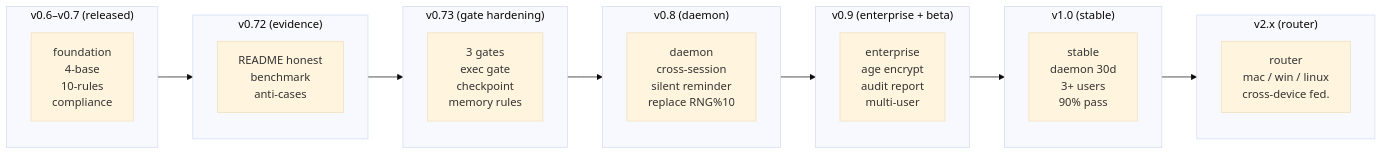
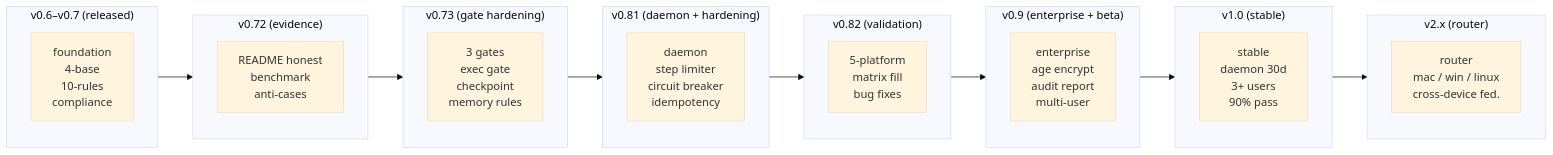
The diagram in ROADMAP.md (KongFangXun/sofagent), drawn with Mermaid (base theme) before and after one commit. The commit also changed other lines of this file and 32 other files, not shown here.

````diff
--- a/ROADMAP.md
+++ b/ROADMAP.md
@@ -275,33 +298,37 @@
 ```mermaid
 flowchart LR
     subgraph v06_v07["v0.6–v0.7 (released)"]
         direction TB
         F1["foundation<br/>4-base<br/>10-rules<br/>compliance"]
     end
     subgraph v072["v0.72 (evidence)"]
         direction TB
         F2["README honest<br/>benchmark<br/>anti-cases"]
     end
     subgraph v073["v0.73 (gate hardening)"]
         direction TB
         F3["3 gates<br/>exec gate<br/>checkpoint<br/>memory rules"]
     end
-    subgraph v08["v0.8 (daemon)"]
+    subgraph v08["v0.81 (daemon + hardening)"]
         direction TB
-        F4["daemon<br/>cross-session<br/>silent reminder<br/>replace RNG%10"]
+        F4["daemon<br/>step limiter<br/>circuit breaker<br/>idempotency"]
+    end
+    subgraph v082["v0.82 (validation)"]
+        direction TB
+        F4b["5-platform<br/>matrix fill<br/>bug fixes"]
     end
     subgraph v09["v0.9 (enterprise + beta)"]
         direction TB
         F5["enterprise<br/>age encrypt<br/>audit report<br/>multi-user"]
     end
     subgraph v10["v1.0 (stable)"]
         direction TB
         F6["stable<br/>daemon 30d<br/>3+ users<br/>90% pass"]
     end
     subgraph v2x["v2.x (router)"]
         direction TB
         F7["router<br/>mac / win / linux<br/>cross-device fed."]
     end
 
-    F1 --> F2 --> F3 --> F4 --> F5 --> F6 --> F7
+    F1 --> F2 --> F3 --> F4 --> F4b --> F5 --> F6 --> F7
 ```
````
